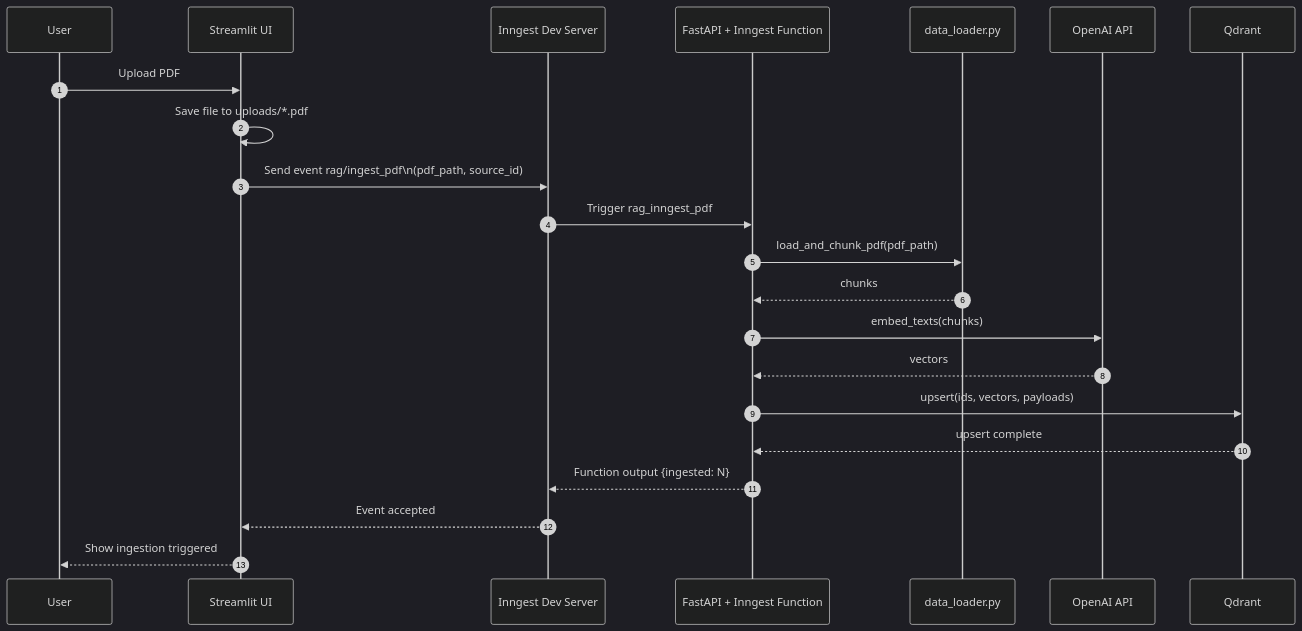
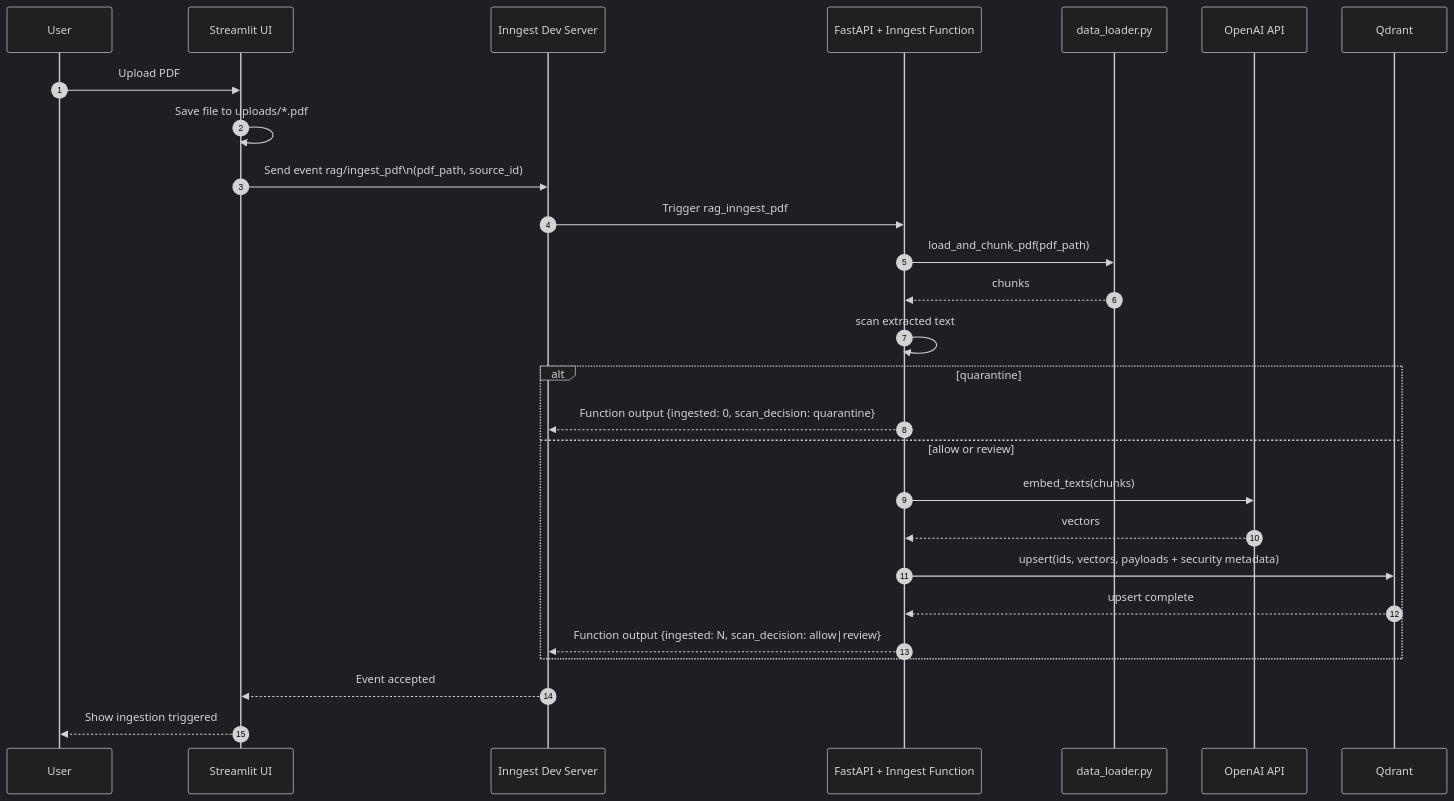
One commit to mamun39/RAGAgent changed the second of 3 diagrams in README.md. Above: the diagram before and after it, drawn with Mermaid (dark theme). The commit also changed other lines of this file, not shown here.

````diff
--- a/README.md
+++ b/README.md
@@ -66,25 +79,30 @@
 ```mermaid
 sequenceDiagram
     autonumber
     participant U as User
     participant S as Streamlit UI
     participant I as Inngest Dev Server
     participant A as FastAPI + Inngest Function
     participant D as data_loader.py
     participant O as OpenAI API
     participant Q as Qdrant
 
     U->>S: Upload PDF
     S->>S: Save file to uploads/*.pdf
     S->>I: Send event rag/ingest_pdf\n(pdf_path, source_id)
     I->>A: Trigger rag_inngest_pdf
     A->>D: load_and_chunk_pdf(pdf_path)
     D-->>A: chunks
-    A->>O: embed_texts(chunks)
-    O-->>A: vectors
-    A->>Q: upsert(ids, vectors, payloads)
-    Q-->>A: upsert complete
-    A-->>I: Function output {ingested: N}
+    A->>A: scan extracted text
+    alt quarantine
+        A-->>I: Function output {ingested: 0, scan_decision: quarantine}
+    else allow or review
+        A->>O: embed_texts(chunks)
+        O-->>A: vectors
+        A->>Q: upsert(ids, vectors, payloads + security metadata)
+        Q-->>A: upsert complete
+        A-->>I: Function output {ingested: N, scan_decision: allow|review}
+    end
     I-->>S: Event accepted
     S-->>U: Show ingestion triggered
 ```
````
